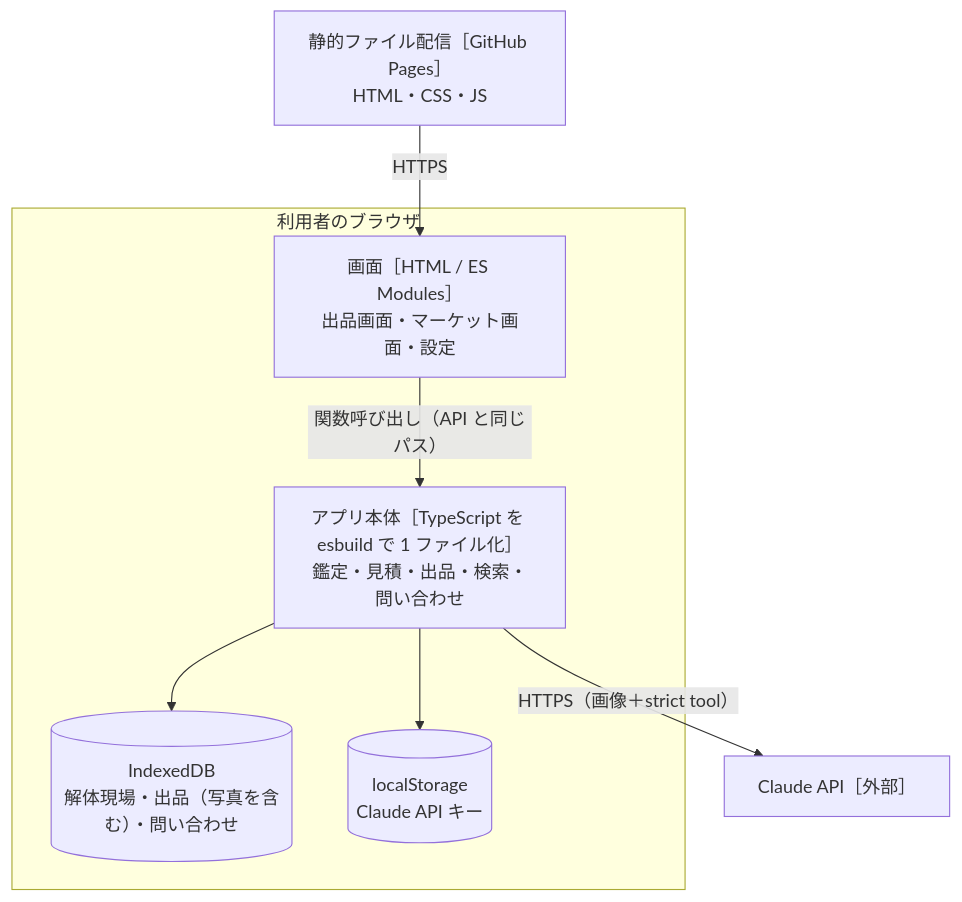
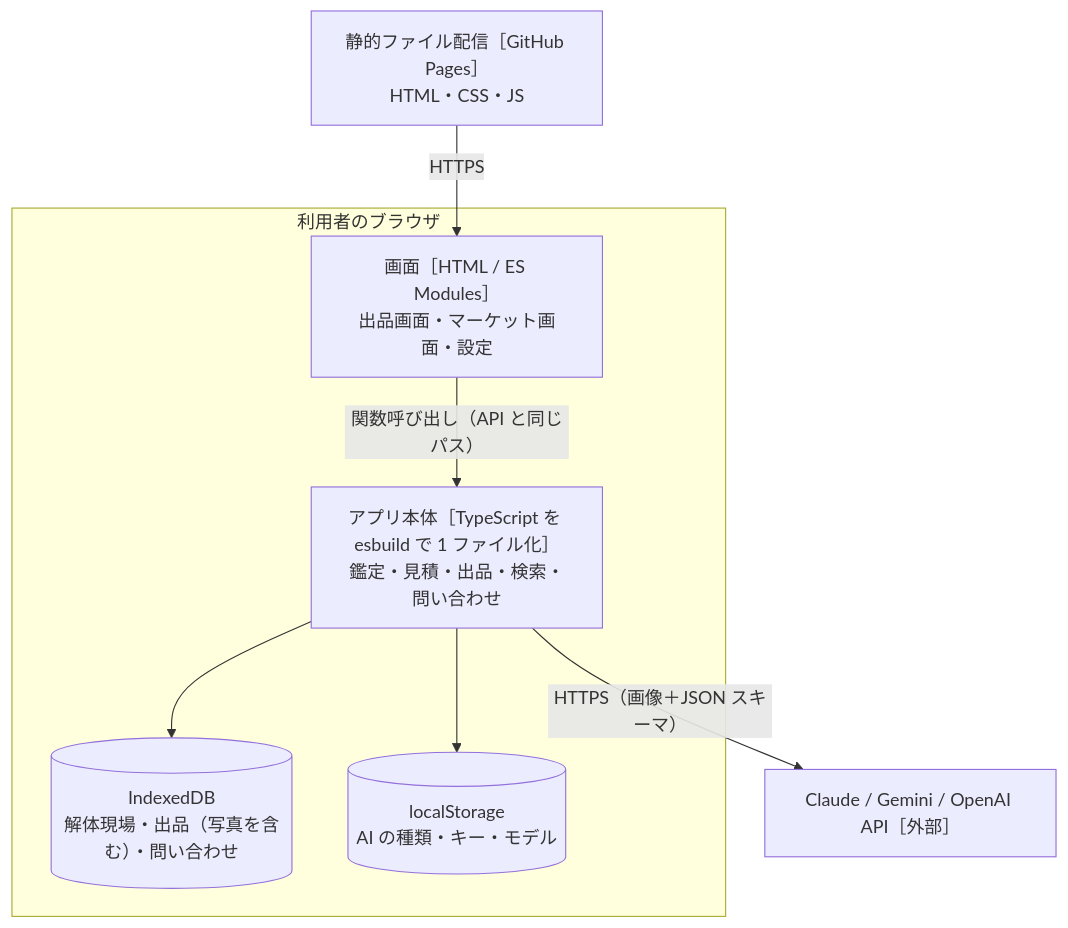
Before and after one commit to kotonara-tech/kototech-team-cominka: the second of 3 diagrams in docs/design.md, drawn with Mermaid. The commit also changed other lines of this file and 24 other files, not shown here.

First line of the commit message:
鑑定に Gemini・OpenAI も選べるようにする（D17）

````diff
--- a/docs/design.md
+++ b/docs/design.md
@@ -39,16 +39,16 @@
 ```mermaid
 flowchart TB
   pages["静的ファイル配信［GitHub Pages］<br/>HTML・CSS・JS"]
   subgraph browser["利用者のブラウザ"]
     web["画面［HTML / ES Modules］<br/>出品画面・マーケット画面・設定"]
     app["アプリ本体［TypeScript を esbuild で 1 ファイル化］<br/>鑑定・見積・出品・検索・問い合わせ"]
     idb[("IndexedDB<br/>解体現場・出品（写真を含む）・問い合わせ")]
-    ls[("localStorage<br/>Claude API キー")]
+    ls[("localStorage<br/>AI の種類・キー・モデル")]
   end
-  ai["Claude API［外部］"]
+  ai["Claude / Gemini / OpenAI API［外部］"]
   pages -->|HTTPS| web
   web -->|関数呼び出し（API と同じパス）| app
   app --> idb
   app --> ls
-  app -->|HTTPS（画像＋strict tool）| ai
+  app -->|HTTPS（画像＋JSON スキーマ）| ai
 ```
````
